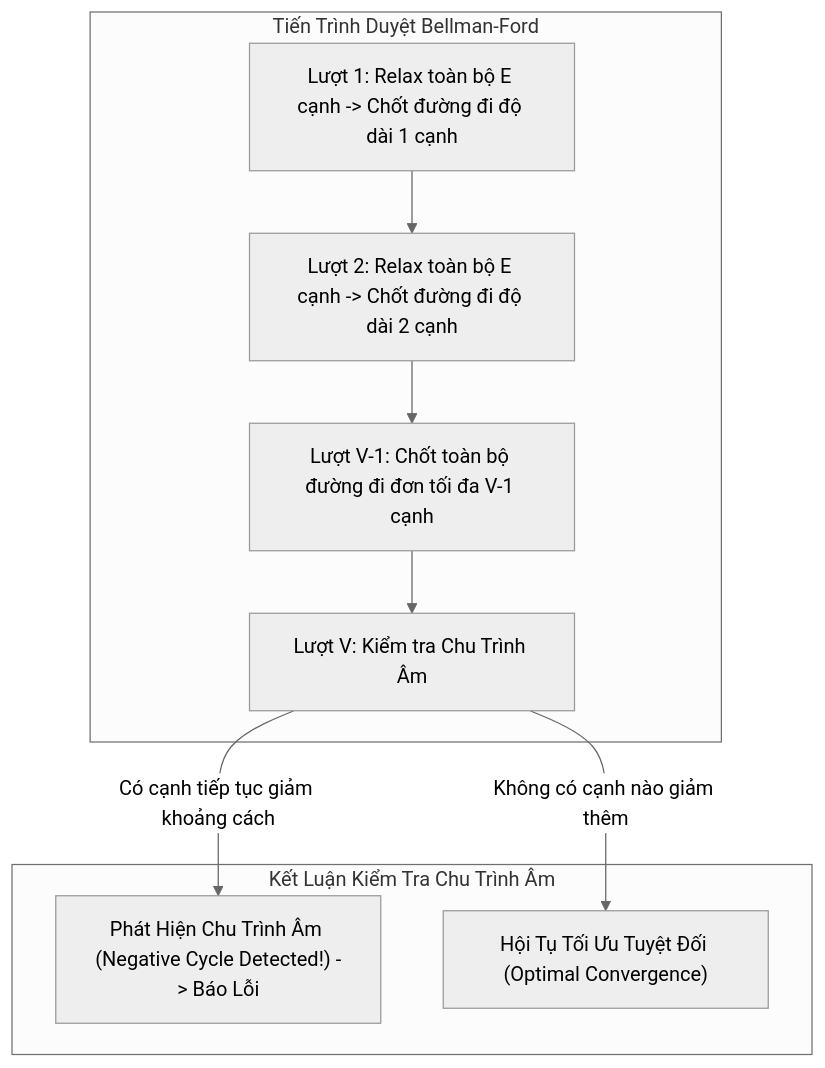
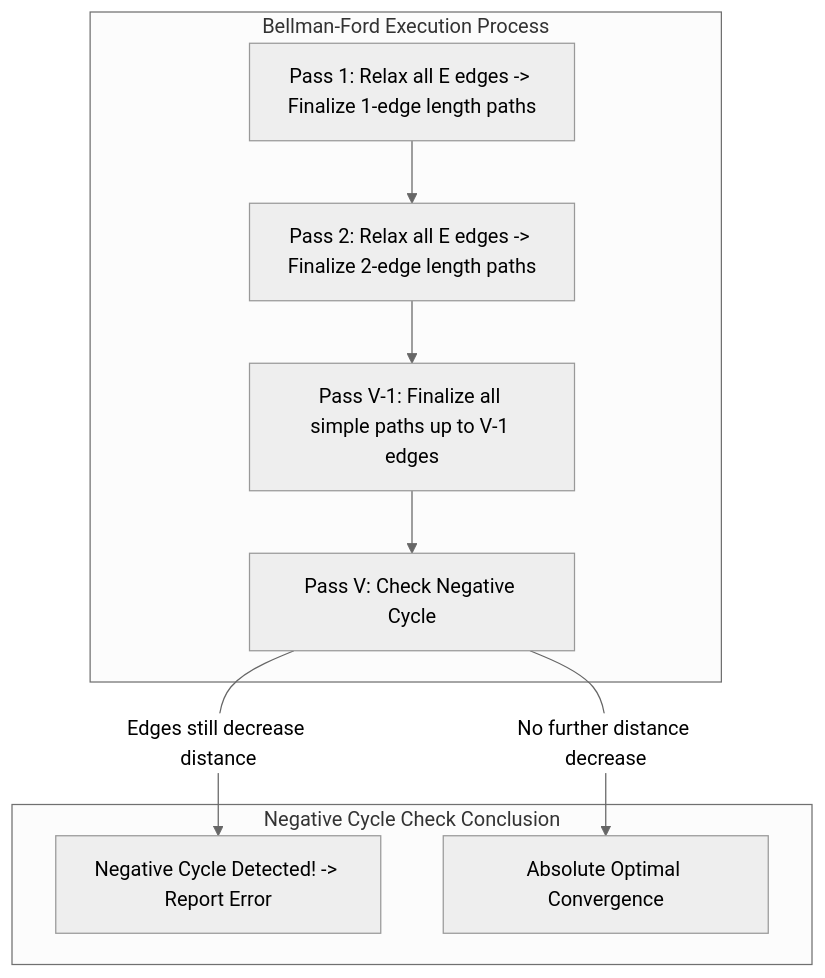
Before and after one commit to ga2631/ga2631.github.io: the diagram in src/data/blog/en/38-2026-06-11-bellman-ford-shortest-path-negative-weights-cycle-detection-cpp.md, drawn with Mermaid (neutral theme). The commit also changed other lines of this file and 74 other files, not shown here.

````diff
--- a/src/data/blog/en/38-2026-06-11-bellman-ford-shortest-path-negative-weights-cycle-detection-cpp.md
+++ b/src/data/blog/en/38-2026-06-11-bellman-ford-shortest-path-negative-weights-cycle-detection-cpp.md
@@ -49,16 +49,16 @@
 ```mermaid
 flowchart TD
-    subgraph BellmanFordLifecycle [Tiến Trình Duyệt Bellman-Ford]
-        Pass1["Lượt 1: Relax toàn bộ E cạnh -> Chốt đường đi độ dài 1 cạnh"]
-        Pass2["Lượt 2: Relax toàn bộ E cạnh -> Chốt đường đi độ dài 2 cạnh"]
-        PassV1["Lượt V-1: Chốt toàn bộ đường đi đơn tối đa V-1 cạnh"]
-        PassV["Lượt V: Kiểm tra Chu Trình Âm"]
+    subgraph BellmanFordLifecycle [Bellman-Ford Execution Process]
+        Pass1["Pass 1: Relax all E edges -> Finalize 1-edge length paths"]
+        Pass2["Pass 2: Relax all E edges -> Finalize 2-edge length paths"]
+        PassV1["Pass V-1: Finalize all simple paths up to V-1 edges"]
+        PassV["Pass V: Check Negative Cycle"]
 
         Pass1 --> Pass2 --> PassV1 --> PassV
     end
 
-    subgraph DecisionCycle [Kết Luận Kiểm Tra Chu Trình Âm]
-        PassV -->|Có cạnh tiếp tục giảm khoảng cách| NegFound["Phát Hiện Chu Trình Âm (Negative Cycle Detected!) -> Báo Lỗi"]
-        PassV -->|Không có cạnh nào giảm thêm| Optimal["Hội Tụ Tối Ưu Tuyệt Đối (Optimal Convergence)"]
+    subgraph DecisionCycle [Negative Cycle Check Conclusion]
+        PassV -->|Edges still decrease distance| NegFound["Negative Cycle Detected! -> Report Error"]
+        PassV -->|No further distance decrease| Optimal["Absolute Optimal Convergence"]
     end
 ```
````
